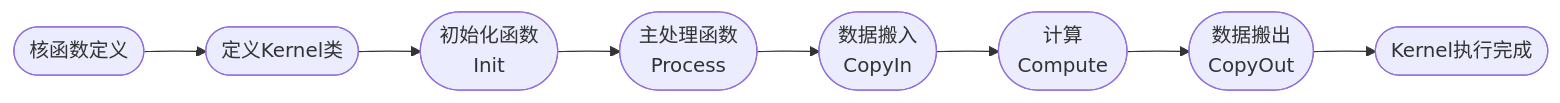
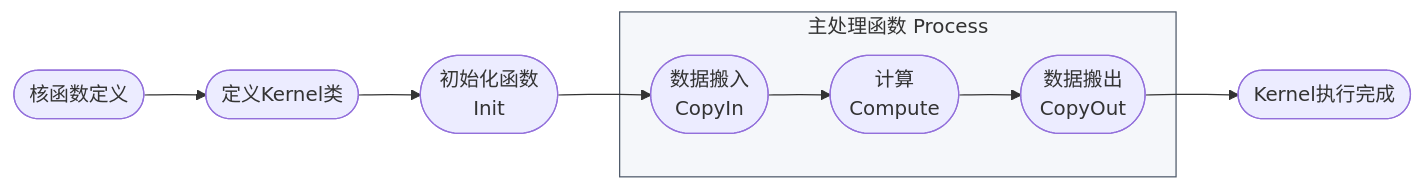
Before and after one commit to ckorikov/cann-ops-transformer: the diagram in docs/develop/aicore_develop_guide.md, drawn with Mermaid. The commit also changed other lines of this file and 3 other files, not shown here.

````diff
--- a/docs/develop/aicore_develop_guide.md
+++ b/docs/develop/aicore_develop_guide.md
@@ -363,10 +197,13 @@
 ```mermaid
 graph LR
 	H([核函数定义]) -->A([定义Kernel类])
 	A -->B([初始化函数<br>Init])
-    B --> C([主处理函数<br>Process])
-    C -->D([数据搬入<br>CopyIn])
-    D -->E([计算<br>Compute])
-    E -->F([数据搬出<br>CopyOut])
+    B -->D([主处理函数<br>Process])
+    subgraph C [主处理函数 Process]
+        D([数据搬入<br>CopyIn]) -->E([计算<br>Compute]) -->F([数据搬出<br>CopyOut])
+    end
     F -->G([Kernel执行完成])
+
+    %% 使用style语句为子图C定义样式
+    style C fill:#f5f7fa,stroke:#4E5969,stroke-width:1px
 ```
````
